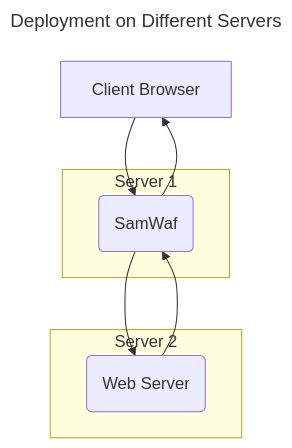
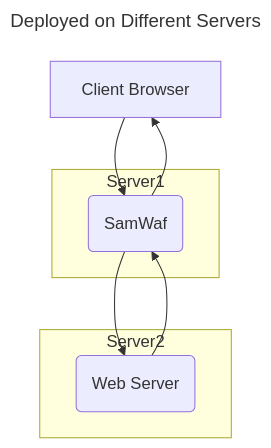
Before and after one commit to samwafgo/samwaf.github.io: the second of 2 diagrams in docs/en/guide/Host.md, drawn with Mermaid. The commit also changed other lines of this file and 12 other files, not shown here.

````diff
--- a/docs/en/guide/Host.md
+++ b/docs/en/guide/Host.md
@@ -30,19 +32,19 @@
 ```mermaid
 ---
-title: Deployment on Different Servers
+title: Deployed on Different Servers
 ---
 flowchart TB
     A[Client Browser]
 	B(SamWaf)
 	C(Web Server)
 	A --> B  
-	subgraph Server 1
+	subgraph Server1
     B 
     end  
 	B --> C
-	subgraph Server 2 
+	subgraph Server2 
     C
     end
 	C --> B
 	B --> A 
 ```
````
